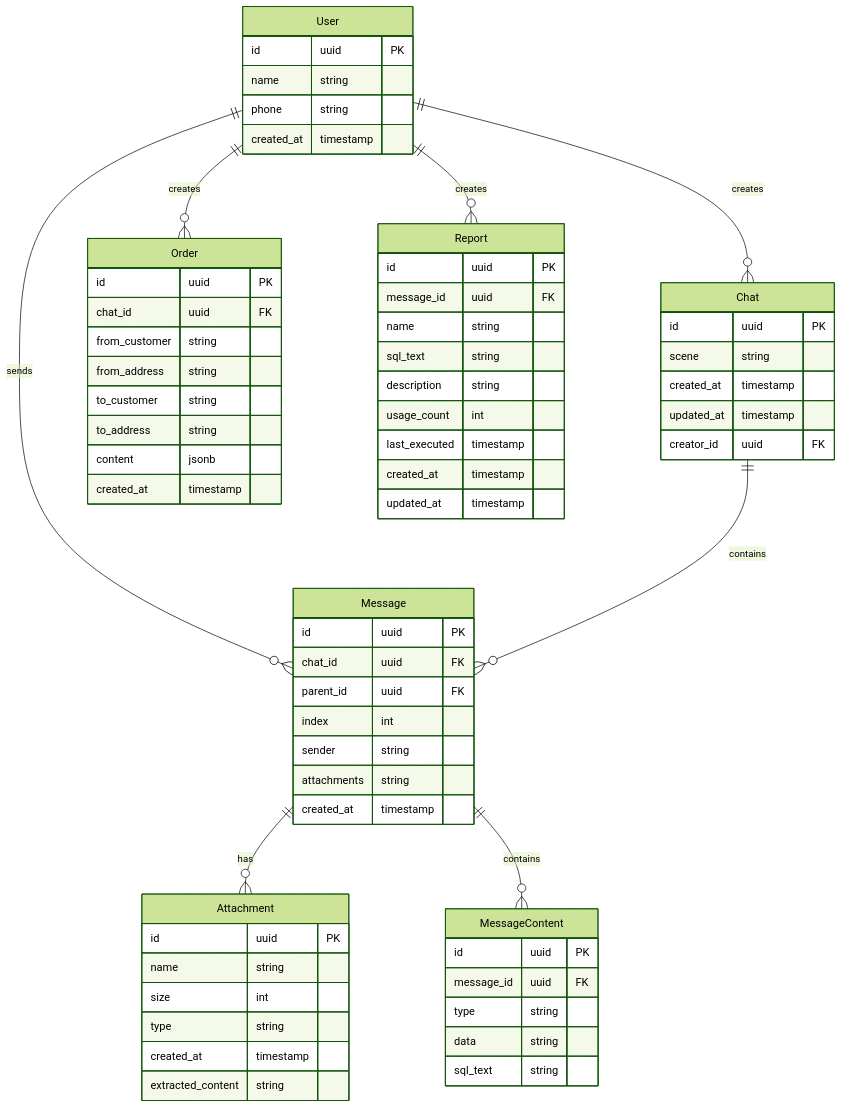
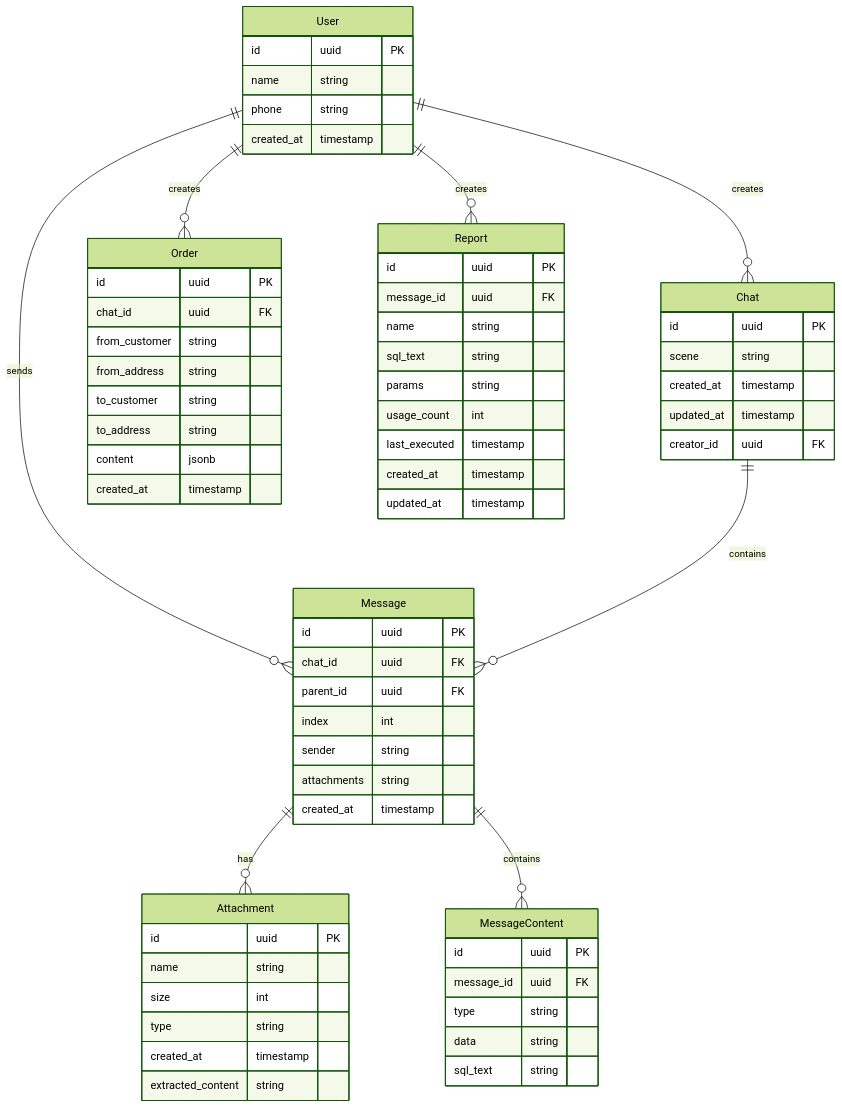
One commit to hanhzf/aiops changed the diagram in ai-coding/output/逻辑模型E-R图.md. Above: the diagram before and after it, drawn with Mermaid (forest theme). The commit also changed 1 other file, not shown here.

Commit message:
update reports api

````diff
--- a/ai-coding/output/逻辑模型E-R图.md
+++ b/ai-coding/output/逻辑模型E-R图.md
@@ -3,76 +3,76 @@
 ```mermaid
 erDiagram
     User ||--o{ Chat : creates
     User ||--o{ Message : sends
     User ||--o{ Order : creates
     User ||--o{ Report : creates
 
     Chat ||--o{ Message : contains
     Message ||--o{ Attachment : has
     Message ||--o{ MessageContent : contains
     
     Chat {
         id uuid PK
         scene string
         created_at timestamp
         updated_at timestamp
         creator_id uuid FK
     }
 
     Message {
         id uuid PK
         chat_id uuid FK
         parent_id uuid FK
         index int
         sender string
         attachments string
         created_at timestamp
     }
 
     MessageContent {
         id uuid PK
         message_id uuid FK
         type string
         data string
         sql_text string
     }
 
     Attachment {
         id uuid PK
         name string 
         size int
         type string
         created_at timestamp
         extracted_content string
     }
 
     Order {
         id uuid PK
         chat_id uuid FK
         from_customer string
         from_address string
         to_customer string
         to_address string
         content jsonb
         created_at timestamp
     }
 
     Report {
         id uuid PK
         message_id uuid FK
         name string
         sql_text string
-        description string 
+        params string
         usage_count int
         last_executed timestamp
         created_at timestamp
         updated_at timestamp
     }
 
     User {
         id uuid PK
         name string
         phone string
         created_at timestamp
     }
 ```
````
